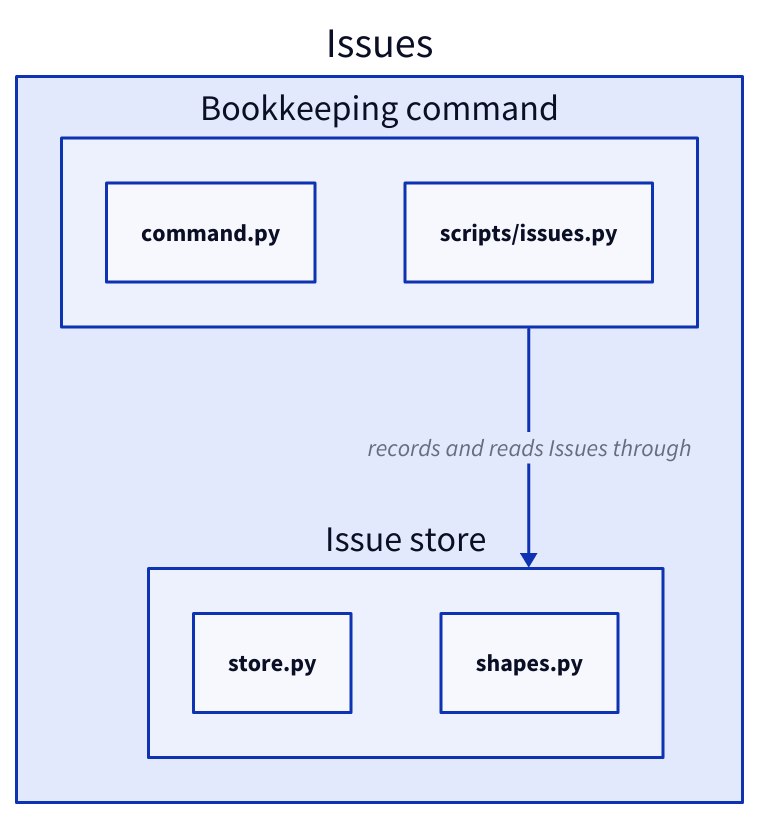
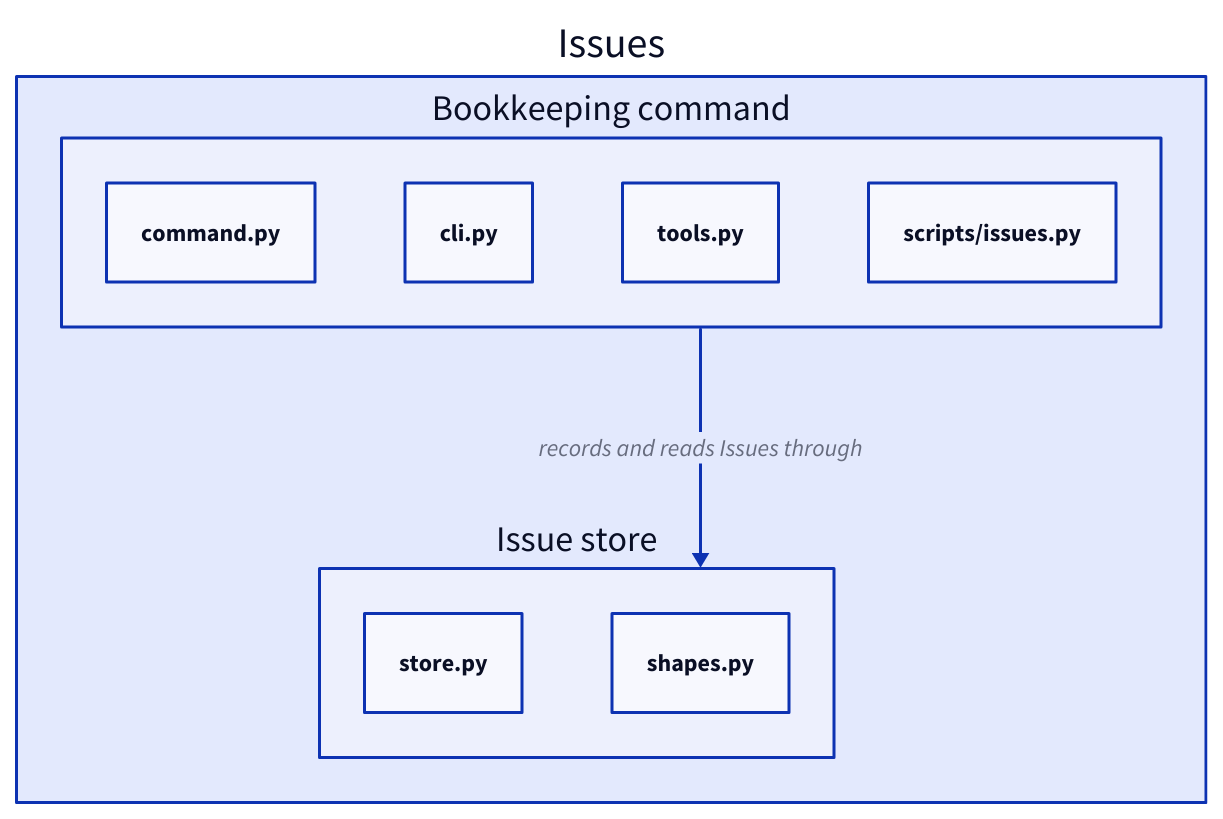
One commit to FTOD/concorde changed the second of 6 diagrams in specs/concorde/issues/module.md. Above: the diagram before and after it, drawn with D2. The commit also changed other lines of this file and 11 other files, not shown here.

````diff
--- a/specs/concorde/issues/module.md
+++ b/specs/concorde/issues/module.md
@@ -142,13 +143,15 @@
 ```d2
 issues: Issues {
   store: Issue store {
     "store.py"
     "shapes.py"
   }
   command: Bookkeeping command {
     "command.py"
+    "cli.py"
+    "tools.py"
     "scripts/issues.py"
   }
   command -> store: records and reads Issues through
 }
 ```
````
